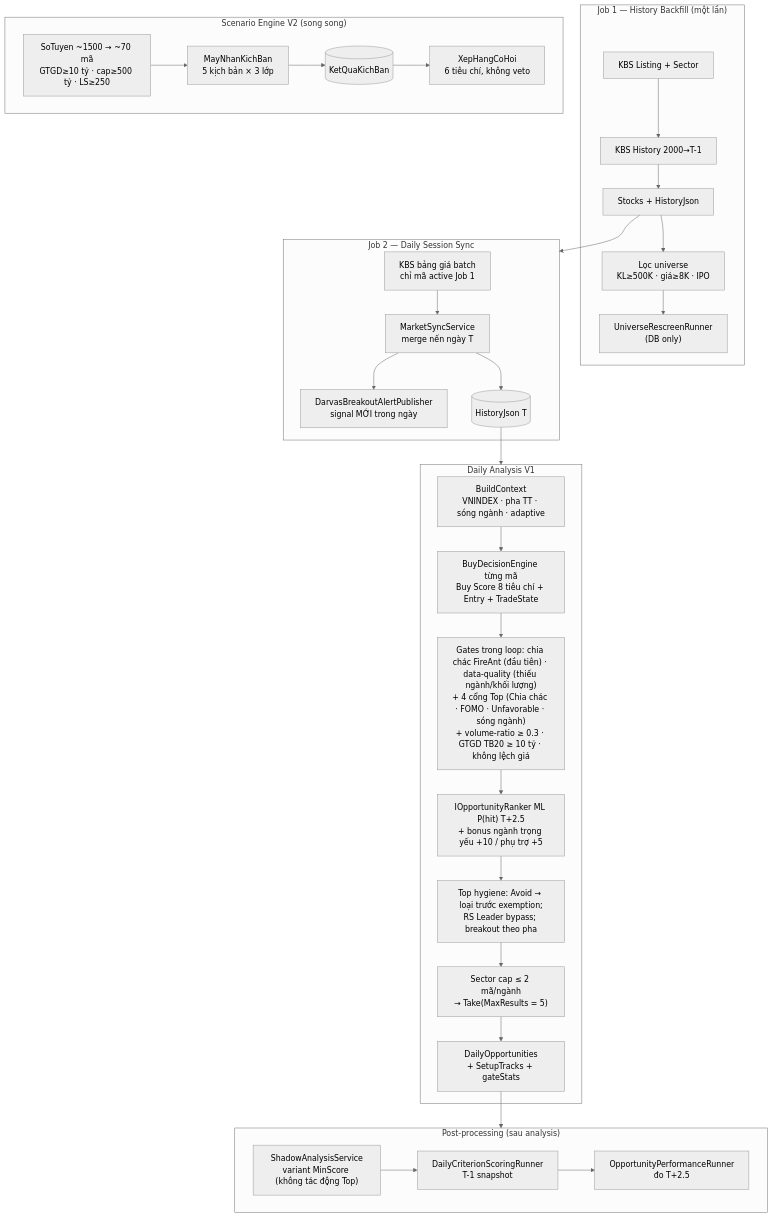
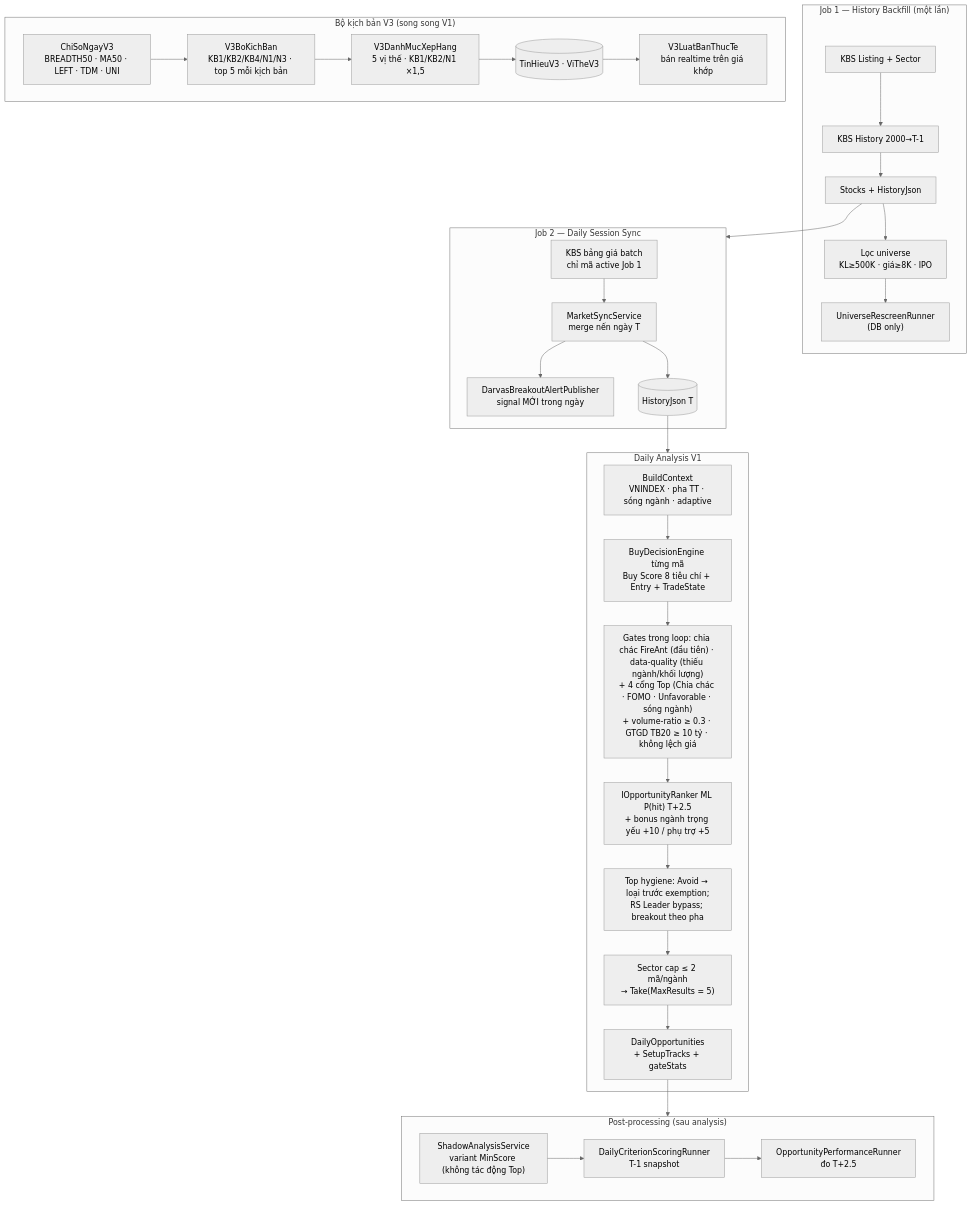
Before and after one commit to Benjamincntt/StockRadar: the third of 8 diagrams in docs/architecture.md, drawn with Mermaid (neutral theme). The commit also changed other lines of this file and 134 other files, not shown here.

Commit message:
[FEAT][v3] gỡ V2, dựng bộ kịch bản V3 P1++

````diff
--- a/docs/architecture.md
+++ b/docs/architecture.md
@@ -118,49 +118,51 @@
 ```mermaid
 flowchart TB
     subgraph JOB1["Job 1 — History Backfill (một lần)"]
         L1["KBS Listing + Sector"]
         H1["KBS History 2000→T-1"]
         U1["Lọc universe\nKL≥500K · giá≥8K · IPO"]
         RS["UniverseRescreenRunner\n(DB only)"]
         L1 --> H1 --> SJ["Stocks + HistoryJson"]
         SJ --> U1 --> RS
     end
 
     subgraph JOB2["Job 2 — Daily Session Sync"]
         B2["KBS bảng giá batch\nchỉ mã active Job 1"]
         M2["MarketSyncService\nmerge nến ngày T"]
         D2["DarvasBreakoutAlertPublisher\nsignal MỚI trong ngày"]
         B2 --> M2 --> DB2[("HistoryJson T")]
         M2 --> D2
     end
 
     subgraph ANALYSIS["Daily Analysis V1"]
         CTX["BuildContext\nVNINDEX · pha TT · sóng ngành · adaptive"]
         BD["BuyDecisionEngine từng mã\nBuy Score 8 tiêu chí + Entry + TradeState"]
         GATES["Gates trong loop: chia chác FireAnt (đầu tiên) · data-quality (thiếu ngành/khối lượng)\n+ 4 cổng Top (Chia chác · FOMO · Unfavorable · sóng ngành)\n+ volume-ratio ≥ 0.3 · GTGD TB20 ≥ 10 tỷ · không lệch giá"]
         RK["IOpportunityRanker ML P(hit) T+2.5\n+ bonus ngành trọng yếu +10 / phụ trợ +5"]
         HYG["Top hygiene: Avoid → loại trước exemption;\nRS Leader bypass; breakout theo pha"]
         CAP["Sector cap ≤ 2 mã/ngành\n→ Take(MaxResults = 5)"]
         SAVE["DailyOpportunities\n+ SetupTracks + gateStats"]
         CTX --> BD --> GATES --> RK --> HYG --> CAP --> SAVE
     end
 
-    subgraph V2["Scenario Engine V2 (song song)"]
-        ST["SoTuyen ~1500 → ~70 mã\nGTGD≥10 tỷ · cap≥500 tỷ · LS≥250"]
-        MK["MayNhanKichBan\n5 kịch bản × 3 lớp"]
-        XH["XepHangCoHoi\n6 tiêu chí, không veto"]
-        KB2[("KetQuaKichBan")]
-        ST --> MK --> KB2 --> XH
+    subgraph V3["Bộ kịch bản V3 (song song V1)"]
+        CS["ChiSoNgayV3\nBREADTH50 · MA50 · LEFT · TDM · UNI"]
+        BK["V3BoKichBan\nKB1/KB2/KB4/N1/N3 · top 5 mỗi kịch bản"]
+        DM["V3DanhMucXepHang\n5 vị thế · KB1/KB2/N1 ×1,5"]
+        LB["V3LuatBanThucTe\nbán realtime trên giá khớp"]
+        CV3[("TinHieuV3 · ViTheV3")]
+        CS --> BK --> DM --> CV3
+        CV3 --> LB
     end
 
     subgraph POST["Post-processing (sau analysis)"]
         SH["ShadowAnalysisService\nvariant MinScore (không tác động Top)"]
         CR["DailyCriterionScoringRunner\nT-1 snapshot"]
         PF["OpportunityPerformanceRunner\nđo T+2.5"]
         SH --> CR --> PF
     end
 
     SJ --> JOB2
     DB2 --> ANALYSIS
     SAVE --> POST
 ```
````
